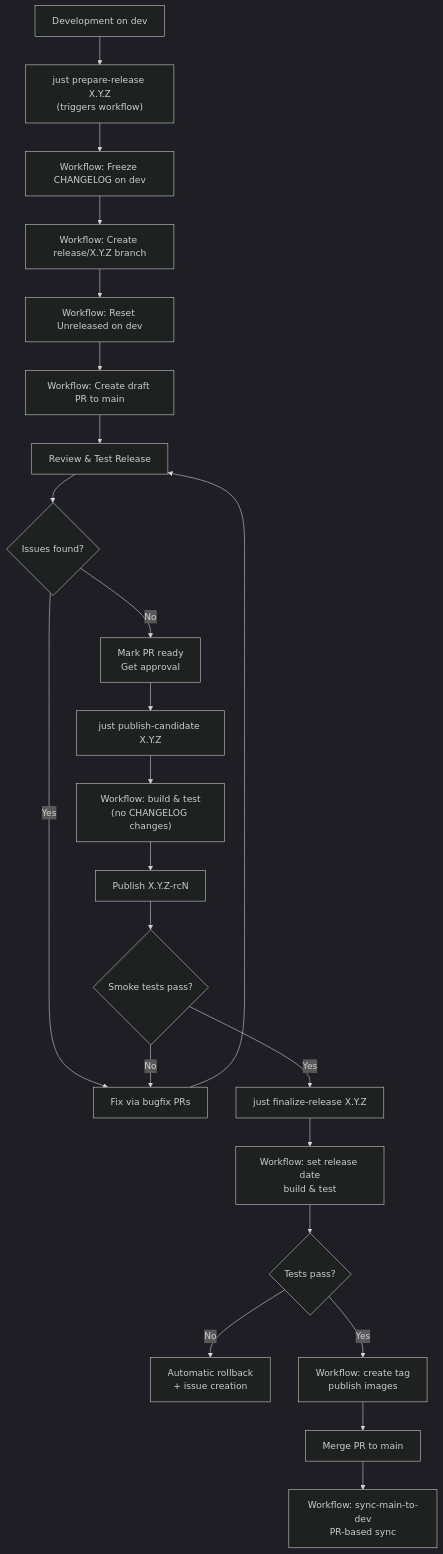
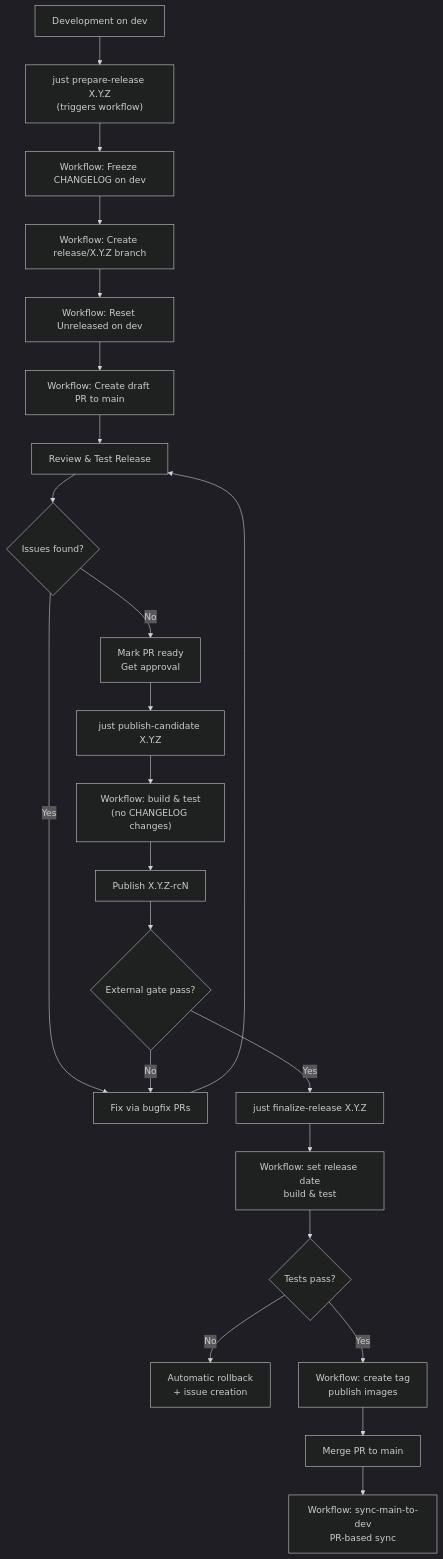
Before and after one commit to vig-os/devcontainer: the second of 2 diagrams in docs/RELEASE_CYCLE.md, drawn with Mermaid (dark theme). The commit also changed other lines of this file and 2 other files, not shown here.

First line of the commit message:
docs(ci): split cross-repo gate docs from release docs

````diff
--- a/docs/RELEASE_CYCLE.md
+++ b/docs/RELEASE_CYCLE.md
@@ -106,25 +106,25 @@
 ```mermaid
 graph TB
     A["Development on dev"] --> B["just prepare-release X.Y.Z<br/>(triggers workflow)"]
     B --> C["Workflow: Freeze CHANGELOG on dev"]
     C --> D["Workflow: Create release/X.Y.Z branch"]
     D --> E["Workflow: Reset Unreleased on dev"]
     E --> F["Workflow: Create draft PR to main"]
     F --> G["Review & Test Release"]
     G --> H{Issues found?}
     H -->|Yes| I["Fix via bugfix PRs"]
     I --> G
     H -->|No| J["Mark PR ready<br/>Get approval"]
     J --> K["just publish-candidate X.Y.Z"]
     K --> L["Workflow: build & test<br/>(no CHANGELOG changes)"]
     L --> M["Publish X.Y.Z-rcN"]
-    M --> U{Smoke tests pass?}
+    M --> U{External gate pass?}
     U -->|No| I
     U -->|Yes| N["just finalize-release X.Y.Z"]
     N --> O["Workflow: set release date<br/>build & test"]
     O --> P{Tests pass?}
     P -->|No| Q["Automatic rollback<br/>+ issue creation"]
     P -->|Yes| R["Workflow: create tag<br/>publish images"]
     R --> S["Merge PR to main"]
     S --> T["Workflow: sync-main-to-dev<br/>PR-based sync"]
 ```
````
